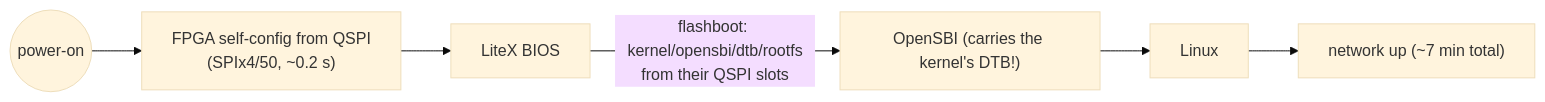
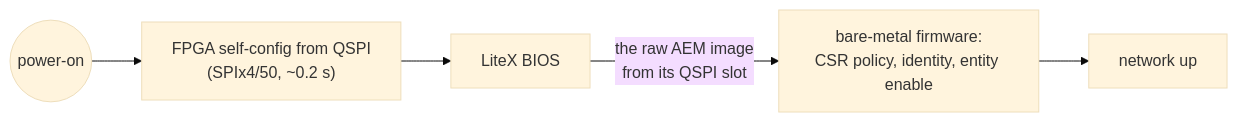
Before and after one commit to kebag-logic/milan-fpga: the second of 2 diagrams in docs/SYSTEMS_ENGINEER_GUIDE.md, drawn with Mermaid (base theme). The commit also changed other lines of this file and 4 other files, not shown here.

````diff
--- a/docs/SYSTEMS_ENGINEER_GUIDE.md
+++ b/docs/SYSTEMS_ENGINEER_GUIDE.md
@@ -85,4 +85,4 @@
 ```mermaid
 flowchart LR
-    PWR((power-on)) --> CFG["FPGA self-config from QSPI\n(SPIx4/50, ~0.2 s)"] --> BIOS[LiteX BIOS] -->|"flashboot: kernel/opensbi/dtb/rootfs\nfrom their QSPI slots"| SBI["OpenSBI (carries the kernel's DTB!)"] --> LNX[Linux] --> NET["network up (~7 min total)"]
+    PWR((power-on)) --> CFG["FPGA self-config from QSPI\n(SPIx4/50, ~0.2 s)"] --> BIOS[LiteX BIOS] -->|"the raw AEM image\nfrom its QSPI slot"| FW["bare-metal firmware:\nCSR policy, identity, entity enable"] --> NET["network up"]
 ```
````
